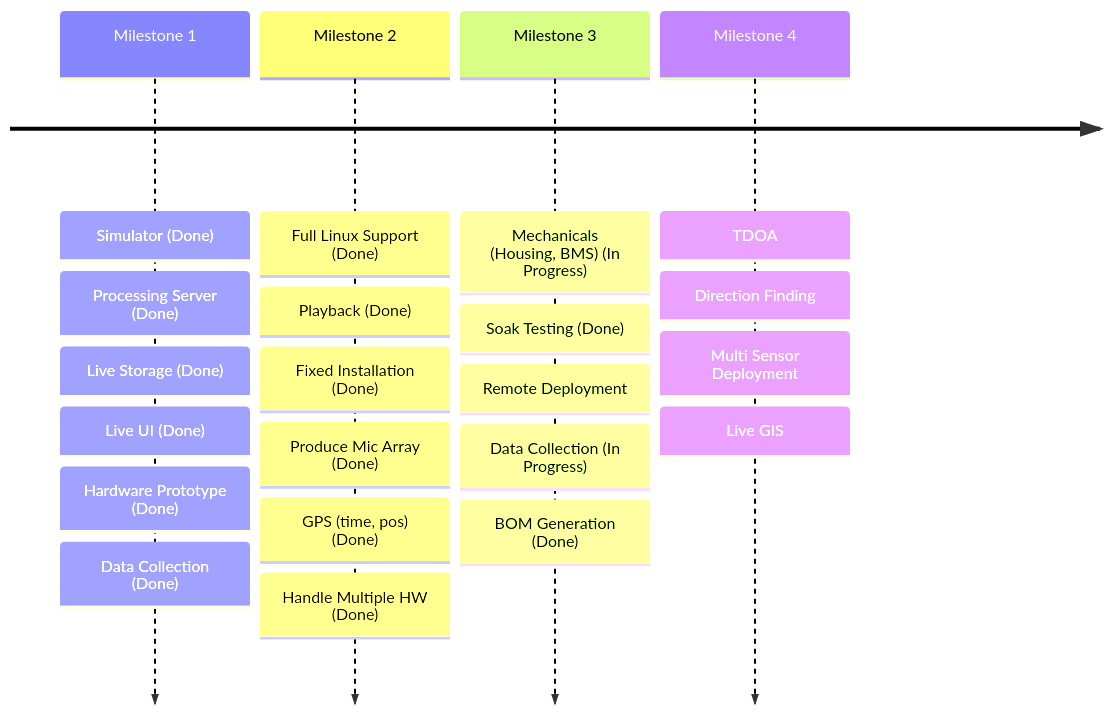
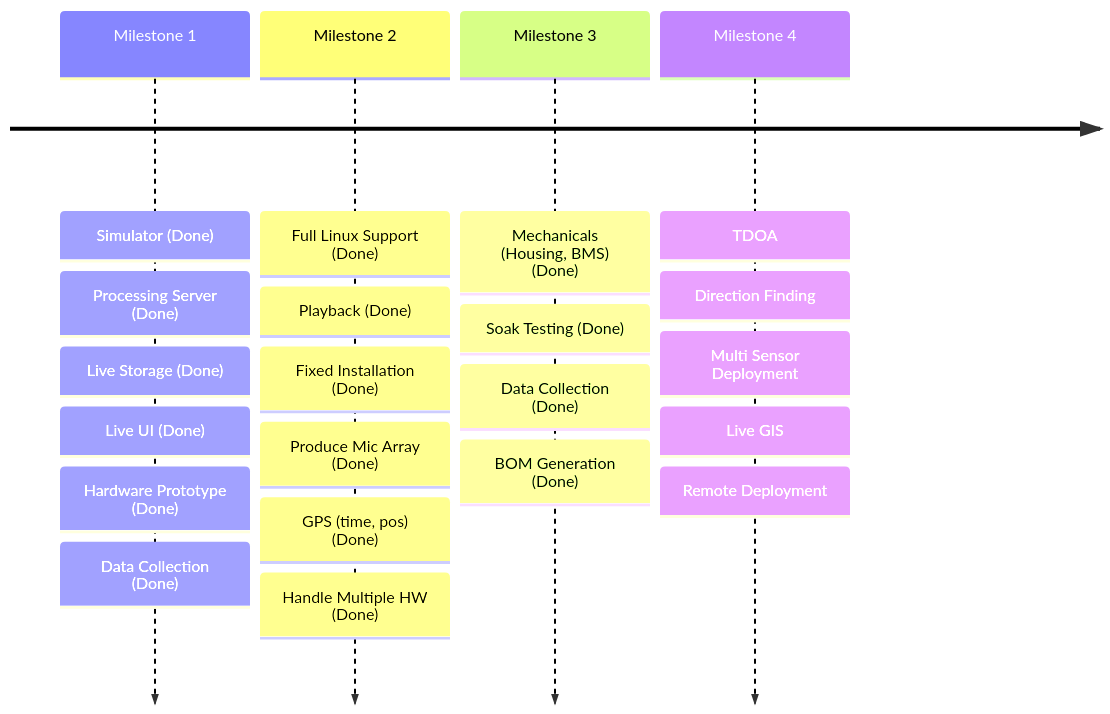
One commit to Sense-Scape/.github changed the second of 2 diagrams in profile/README.md. Above: the diagram before and after it, drawn with Mermaid. The commit also changed other lines of this file, not shown here.

````diff
--- a/profile/README.md
+++ b/profile/README.md
@@ -68,9 +68,9 @@
 ``` mermaid
 
 timeline
     Milestone 1 : Simulator (Done) : Processing Server (Done) : Live Storage (Done) : Live UI (Done) : Hardware Prototype (Done) : Data Collection (Done)
     Milestone 2 : Full Linux Support (Done) : Playback (Done) : Fixed Installation (Done) : Produce Mic Array (Done)  : GPS (time, pos) (Done) : Handle Multiple HW (Done)
-    Milestone 3 : Mechanicals (Housing, BMS) (In Progress) : Soak Testing (Done) : Remote Deployment : Data Collection (In Progress) : BOM Generation (Done)
-    Milestone 4 : TDOA : Direction Finding : Multi Sensor Deployment : Live GIS
+    Milestone 3 : Mechanicals (Housing, BMS) (Done) : Soak Testing (Done) : Data Collection (Done) : BOM Generation (Done)
+    Milestone 4 : TDOA : Direction Finding : Multi Sensor Deployment : Live GIS : Remote Deployment
 
 ```
````
